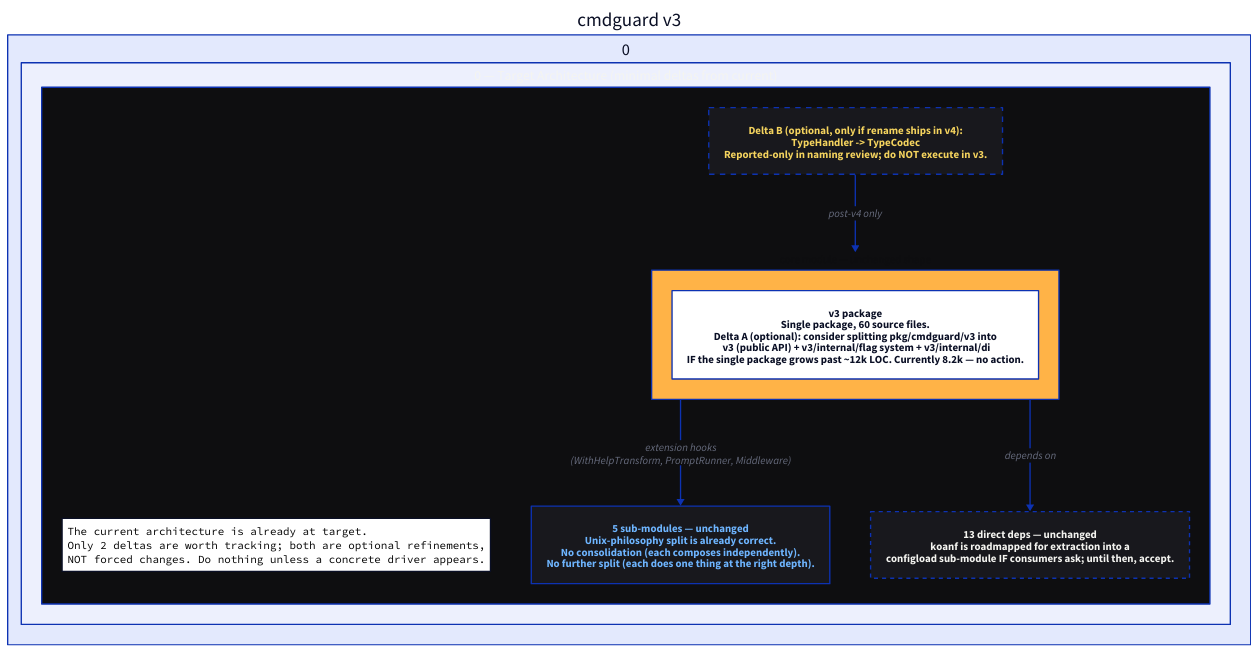
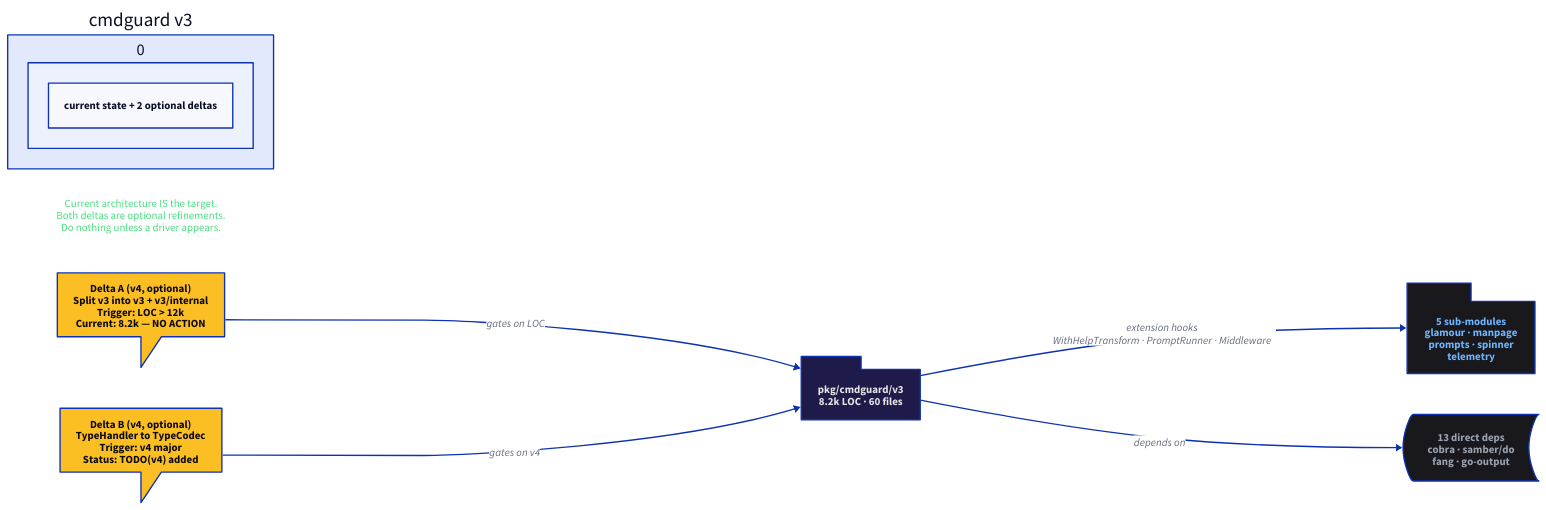
The diagram in docs/architecture-understanding/2026-07-18_20-46_improved-architecture.d2 (LarsArtmann/cmdguard), drawn with D2 before and after one commit. The commit also changed 41 other files, not shown here.

```diff
--- a/docs/architecture-understanding/2026-07-18_20-46_improved-architecture.d2
+++ b/docs/architecture-understanding/2026-07-18_20-46_improved-architecture.d2
@@ -1,41 +1,50 @@
-direction: down
+direction: right
 
-cmdguard v3.0.0 — Target Architecture (minimal deltas from current): {
-  style.fill: "#0e0e10"
-  style.font-color: "#f4f4f0"
+cmdguard v3.0.0 — Architecture: current state + 2 optional deltas
 
-  note: |d2
-    The current architecture is already at target.
-    Only 2 deltas are worth tracking; both are optional refinements,
-    NOT forced changes. Do nothing unless a concrete driver appears.
-  |
-  note.style.font-color: "#f4d35e"
+core: {
+  shape: package
+  style.fill: "#1e1b4b"
+  style.font-color: "#e7e5e4"
+  label: "pkg/cmdguard/v3\n8.2k LOC · 60 files"
+}
 
-  core_box: "core module — unchanged shape" {
-    style.fill: "#ffb347"
-    style.font-color: "#0e0e10"
+sub_modules: {
+  shape: package
+  style.fill: "#18181d"
+  style.font-color: "#6eb5ff"
+  label: "5 sub-modules\nglamour · manpage\nprompts · spinner\ntelemetry"
+}
 
-    v3_pkg: "v3 package\nSingle package, 60 source files.\nDelta A (optional): consider splitting pkg/cmdguard/v3 into\n  v3 (public API) + v3/internal/flag system + v3/internal/di\nIF the single package grows past ~12k LOC. Currently 8.2k — no action."
-  }
+deps: {
+  shape: stored_data
+  style.fill: "#18181d"
+  style.font-color: "#9ca3af"
+  label: "13 direct deps\ncobra · samber/do\nfang · go-output"
+}
 
-  optional_delta_b: "Delta B (optional, only if rename ships in v4):\nTypeHandler -> TypeCodec\nReported-only in naming review; do NOT execute in v3." {
-    style.fill: "#18181d"
-    style.font-color: "#f4d35e"
-    style.stroke-dash: 4
-  }
+core -> sub_modules: "extension hooks\nWithHelpTransform · PromptRunner · Middleware"
+core -> deps: "depends on"
 
-  sub_modules_box: "5 sub-modules — unchanged\nUnix-philosophy split is already correct.\nNo consolidation (each composes independently).\nNo further split (each does one thing at the right depth)." {
-    style.fill: "#18181d"
-    style.font-color: "#6eb5ff"
-  }
+delta_a: {
+  shape: callout
+  style.fill: "#fbbf24"
+  style.font-color: "#0c0a09"
+  label: "Delta A (v4, optional)\nSplit v3 into v3 + v3/internal\nTrigger: LOC > 12k\nCurrent: 8.2k — NO ACTION"
+}
 
-  external_box: "13 direct deps — unchanged\nkoanf is roadmapped for extraction into a\nconfigload sub-module IF consumers ask; until then, accept." {
-    style.fill: "#18181d"
-    style.font-color: "#f4f4f0"
-    style.stroke-dash: 3
-  }
+delta_b: {
+  shape: callout
+  style.fill: "#fbbf24"
+  style.font-color: "#0c0a09"
+  label: "Delta B (v4, optional)\nTypeHandler to TypeCodec\nTrigger: v4 major\nStatus: TODO(v4) added"
+}
 
-  core_box -> sub_modules_box: extension hooks\n(WithHelpTransform, PromptRunner, Middleware)
-  core_box -> external_box: depends on
-  optional_delta_b -> core_box: post-v4 only
+delta_a -> core: "gates on LOC"
+delta_b -> core: "gates on v4"
+
+verdict: {
+  shape: text
+  style.font-color: "#4ade80"
+  label: "Current architecture IS the target.\nBoth deltas are optional refinements.\nDo nothing unless a driver appears."
 }
```
